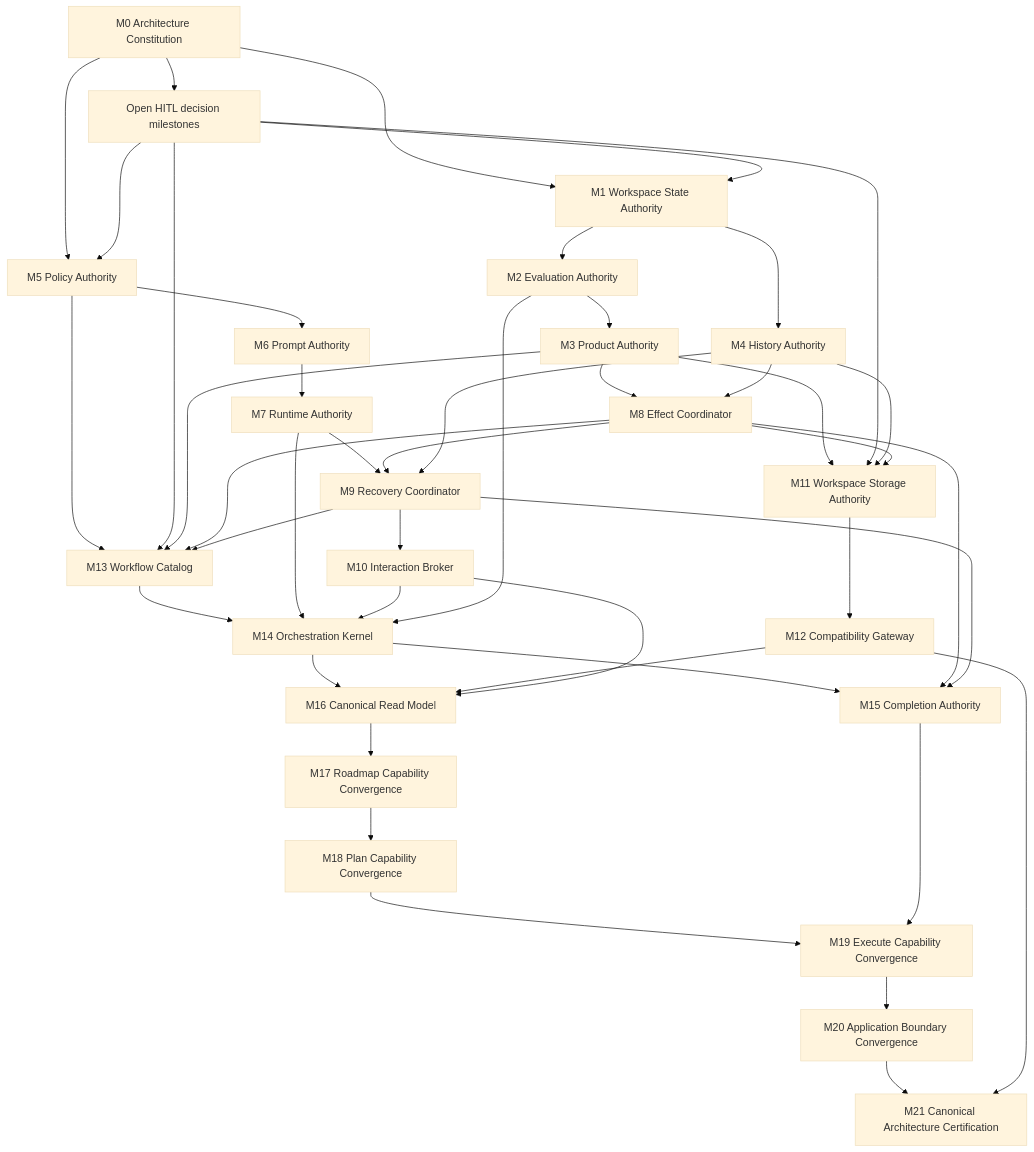
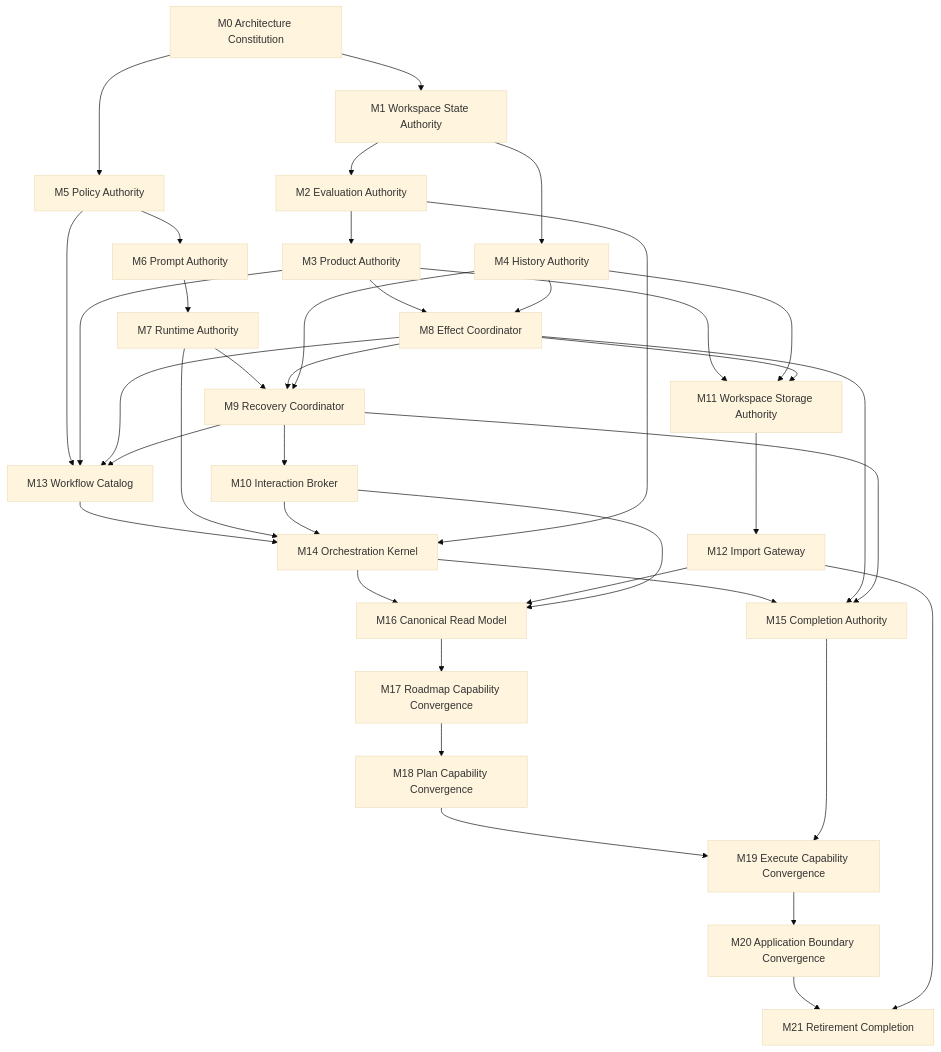
Before and after one commit to DeclanDarcy/LoopRelay: the diagram in roadmap.md, drawn with Mermaid (base theme). The commit also changed other lines of this file, not shown here.

Commit message:
roadmap v2

````diff
--- a/roadmap.md
+++ b/roadmap.md
@@ -144,46 +223,41 @@
 ```mermaid
 flowchart TD
-    C["M0 Architecture Constitution"] --> D["Open HITL decision milestones"]
-    C --> S["M1 Workspace State Authority"]
-    D --> S
+    C["M0 Architecture Constitution"] --> S["M1 Workspace State Authority"]
     S --> V["M2 Evaluation Authority"]
     V --> P["M3 Product Authority"]
     S --> H["M4 History Authority"]
     C --> Y["M5 Policy Authority"]
-    D --> Y
     Y --> Q["M6 Prompt Authority"]
     Q --> R["M7 Runtime Authority"]
     P --> E["M8 Effect Coordinator"]
     H --> E
     R --> K["M9 Recovery Coordinator"]
     E --> K
     H --> K
     K --> I["M10 Interaction Broker"]
     P --> T["M11 Workspace Storage Authority"]
-    D --> T
     H --> T
     E --> T
-    T --> G["M12 Compatibility Gateway"]
+    T --> G["M12 Import Gateway"]
     Y --> W["M13 Workflow Catalog"]
-    D --> W
     P --> W
     E --> W
     K --> W
     W --> O["M14 Orchestration Kernel"]
     R --> O
     I --> O
     V --> O
     O --> F["M15 Completion Authority"]
     E --> F
     K --> F
     O --> M["M16 Canonical Read Model"]
     G --> M
     I --> M
     M --> A["M17 Roadmap Capability Convergence"]
     A --> B["M18 Plan Capability Convergence"]
     B --> X["M19 Execute Capability Convergence"]
     F --> X
     X --> U["M20 Application Boundary Convergence"]
-    U --> Z["M21 Canonical Architecture Certification"]
+    U --> Z["M21 Retirement Completion"]
     G --> Z
 ```
````
